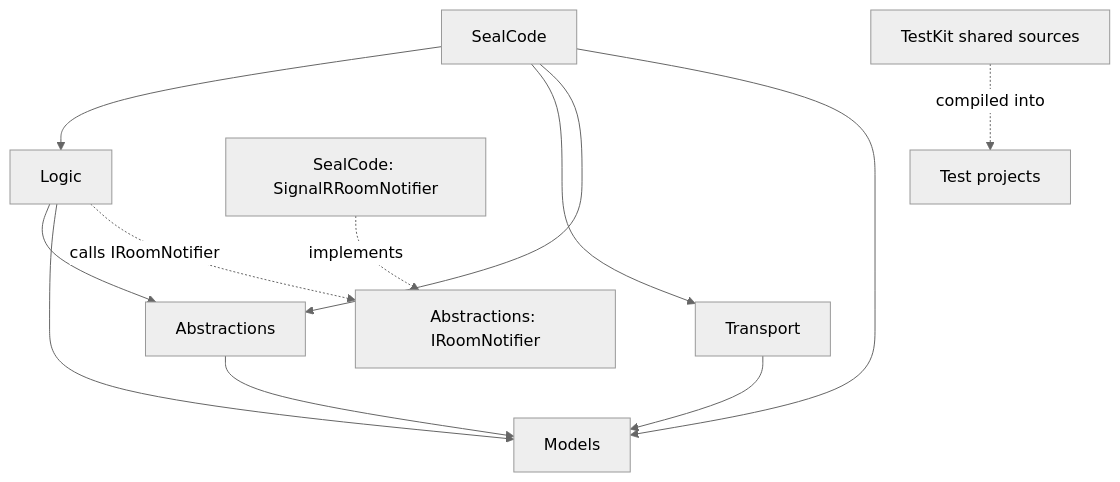
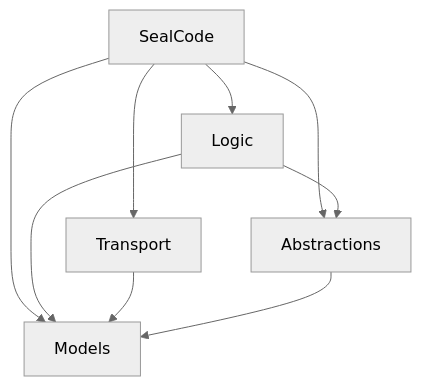
Before and after one commit to ntulenev/SealCode: the first of 9 diagrams in docs/backend.md, drawn with Mermaid (neutral theme). The commit also changed other lines of this file, not shown here.

Commit message:
Keep project dependency diagram at project level

````diff
--- a/docs/backend.md
+++ b/docs/backend.md
@@ -44,14 +44,11 @@
 ```mermaid
 flowchart TD
     SealCode --> Logic
     SealCode --> Transport
     SealCode --> Abstractions
     SealCode --> Models
     Logic --> Abstractions
     Logic --> Models
     Transport --> Models
     Abstractions --> Models
-    Logic -. "calls IRoomNotifier" .-> Boundary["Abstractions: IRoomNotifier"]
-    Implementation["SealCode: SignalRRoomNotifier"] -. implements .-> Boundary
-    TestKit["TestKit shared sources"] -. compiled into .-> Tests["Test projects"]
 ```
````
